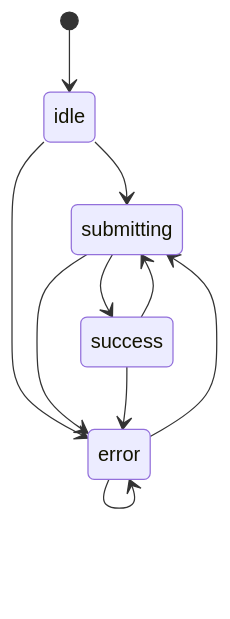
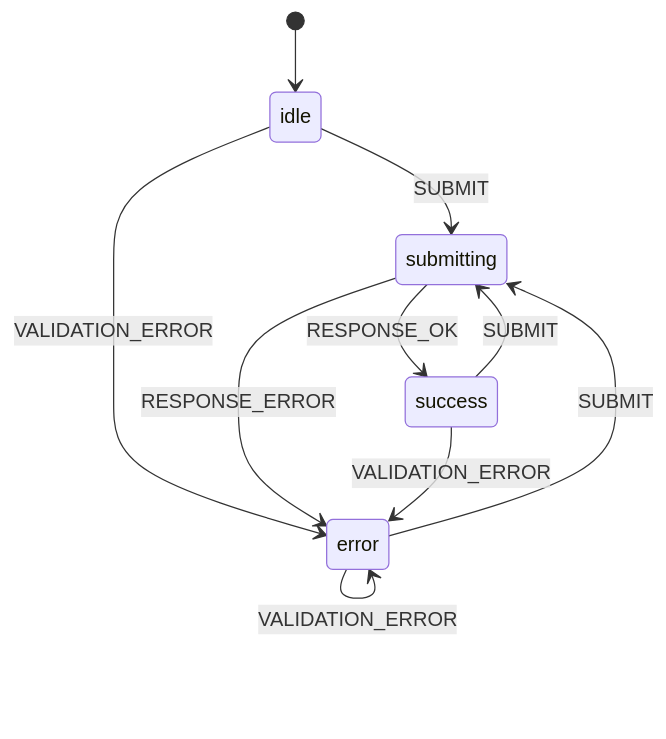
Before and after one commit to kody-hq/kody: diagram 44 of 52 in docs/contributing/state-machines.md, drawn with Mermaid. The commit also changed other lines of this file and 78 other files, not shown here.

Commit message:
refactor: drive UI flows with XState actors

````diff
--- a/docs/contributing/state-machines.md
+++ b/docs/contributing/state-machines.md
@@ -1482,12 +1558,12 @@
 ```mermaid
 stateDiagram-v2
     [*] --> idle
-    idle --> submitting
-    idle --> error
-    submitting --> success
-    submitting --> error
-    success --> submitting
-    success --> error
-    error --> submitting
-    error --> error
+    idle --> submitting: SUBMIT
+    idle --> error: VALIDATION_ERROR
+    submitting --> success: RESPONSE_OK
+    submitting --> error: RESPONSE_ERROR
+    success --> submitting: SUBMIT
+    success --> error: VALIDATION_ERROR
+    error --> submitting: SUBMIT
+    error --> error: VALIDATION_ERROR
 ```
````
